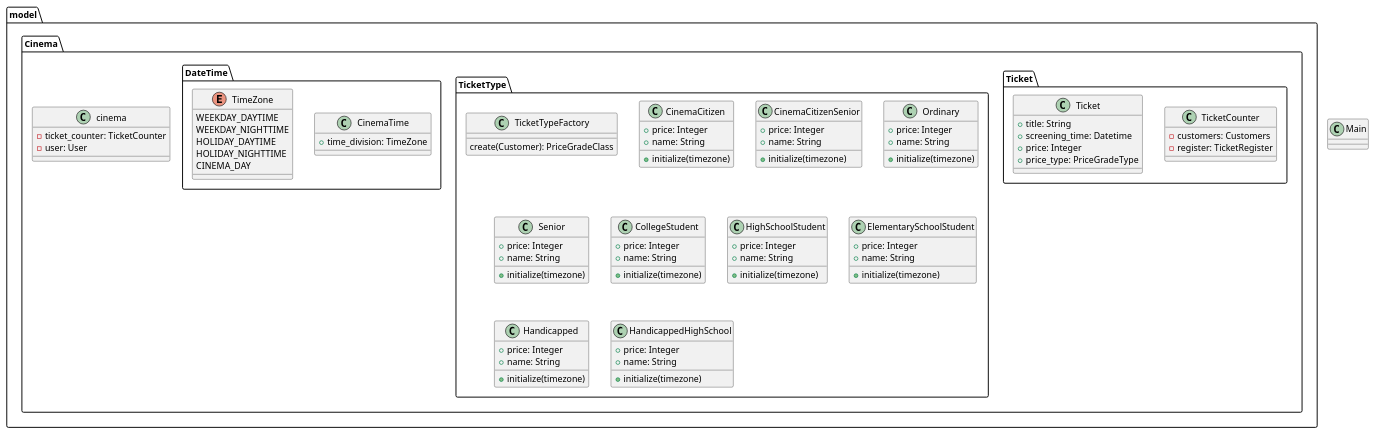
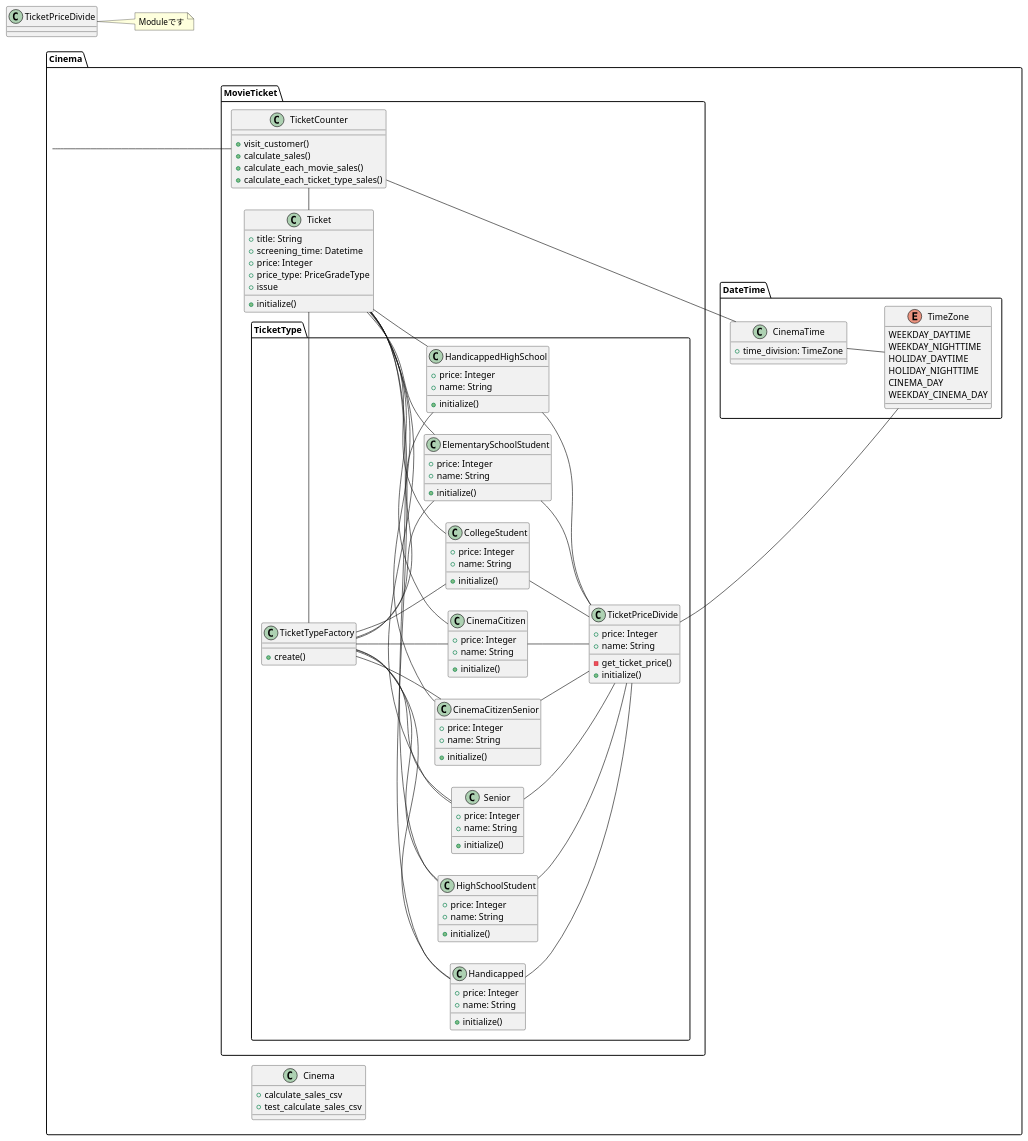
The diagram in doc/class.puml (missyu3/ticket-price-modeling), drawn with PlantUML before and after one commit.

Commit message:
Fix クラス図を修正

```diff
--- a/doc/class.puml
+++ b/doc/class.puml
@@ -1,96 +1,136 @@
 @startuml
+left to right direction
 
-class Main{
-}
-
-package model {
-  
 package Cinema{
   
-class cinema{
-  - ticket_counter: TicketCounter
-  - user: User
-}
+  class Cinema{
+    + calculate_sales_csv
+    + test_calculate_sales_csv
+  }
 
-  package Ticket{
+  package MovieTicket{
     class TicketCounter {
-      - customers: Customers
-      - register: TicketRegister
+      + visit_customer()
+      + calculate_sales()
+      + calculate_each_movie_sales()
+      + calculate_each_ticket_type_sales()
     }
 
     class Ticket {
       + title: String
       + screening_time: Datetime
       + price: Integer
       + price_type: PriceGradeType
+      + initialize()
+      + issue
     }
-  }
 
-  package TicketType {
-    class TicketTypeFactory{
-      create(Customer): PriceGradeClass
-    }
-    class CinemaCitizen {
-      + price: Integer
-      + name: String
-      + initialize(timezone)
-    }
-    class CinemaCitizenSenior {
-      + price: Integer
-      + name: String
-      + initialize(timezone)
-    }
-    class Ordinary {
-      + price: Integer
-      + name: String
-      + initialize(timezone)
-    }
-    class Senior {
-      + price: Integer
-      + name: String
-      + initialize(timezone)
-    }
-    class CollegeStudent {
-      + price: Integer
-      + name: String
-      + initialize(timezone)
-    }
-    class HighSchoolStudent {
-      + price: Integer
-      + name: String
-      + initialize(timezone)
-    }
-    class ElementarySchoolStudent {
-      + price: Integer
-      + name: String
-      + initialize(timezone)
-    }
-    class Handicapped {
-      + price: Integer
-      + name: String
-      + initialize(timezone)
-    }
-    class HandicappedHighSchool {
-      + price: Integer
-      + name: String
-      + initialize(timezone)
+    package TicketType {
+      class TicketTypeFactory{
+        + create()
+      }
+      
+      class TicketPriceDivide {
+        - get_ticket_price()
+      }
+
+      class CinemaCitizenSenior {
+        + price: Integer
+        + name: String
+        + initialize()
+      }
+      class CinemaCitizen {
+        + price: Integer
+        + name: String
+        + initialize()
+      }
+      class CollegeStudent {
+        + price: Integer
+        + name: String
+        + initialize()
+      }
+      class ElementarySchoolStudent {
+        + price: Integer
+        + name: String
+        + initialize()
+      }
+      class HandicappedHighSchool {
+        + price: Integer
+        + name: String
+        + initialize()
+      }
+      class Handicapped {
+        + price: Integer
+        + name: String
+        + initialize()
+      }
+      class HighSchoolStudent {
+        + price: Integer
+        + name: String
+        + initialize()
+      }
+      class TicketPriceDivide {
+        + price: Integer
+        + name: String
+        + initialize()
+      }
+      class Senior {
+        + price: Integer
+        + name: String
+        + initialize()
+      }
     }
   }
 
   package DateTime{
     class CinemaTime {
       + time_division: TimeZone
     }
 
     enum TimeZone {
       WEEKDAY_DAYTIME
       WEEKDAY_NIGHTTIME
       HOLIDAY_DAYTIME
       HOLIDAY_NIGHTTIME
       CINEMA_DAY
+      WEEKDAY_CINEMA_DAY
     }
   }
 }
-}
 
+Cinema --- TicketCounter
+TicketCounter -- CinemaTime
+TicketCounter - Ticket
+Ticket -left- TicketTypeFactory
+
+Ticket -- CinemaCitizenSenior 
+Ticket -- CinemaCitizen
+Ticket -- CollegeStudent
+Ticket -- ElementarySchoolStudent
+Ticket -- HandicappedHighSchool
+Ticket -- Handicapped
+Ticket -- HighSchoolStudent
+Ticket -- Senior
+
+TicketTypeFactory -- CinemaCitizenSenior 
+TicketTypeFactory -- CinemaCitizen
+TicketTypeFactory -- CollegeStudent
+TicketTypeFactory -- ElementarySchoolStudent
+TicketTypeFactory -- HandicappedHighSchool
+TicketTypeFactory -- Handicapped
+TicketTypeFactory -- HighSchoolStudent
+TicketTypeFactory -- Senior
+CinemaCitizenSenior -down- TicketPriceDivide
+CinemaCitizen -down- TicketPriceDivide
+CollegeStudent -down- TicketPriceDivide
+ElementarySchoolStudent -down- TicketPriceDivide
+HandicappedHighSchool -down- TicketPriceDivide
+Handicapped -down- TicketPriceDivide
+HighSchoolStudent -down- TicketPriceDivide
+Senior -down- TicketPriceDivide
+CinemaTime -down- TimeZone
+TicketPriceDivide --- TimeZone
+
+class TicketPriceDivide
+note right: Moduleです
 @enduml 
```
